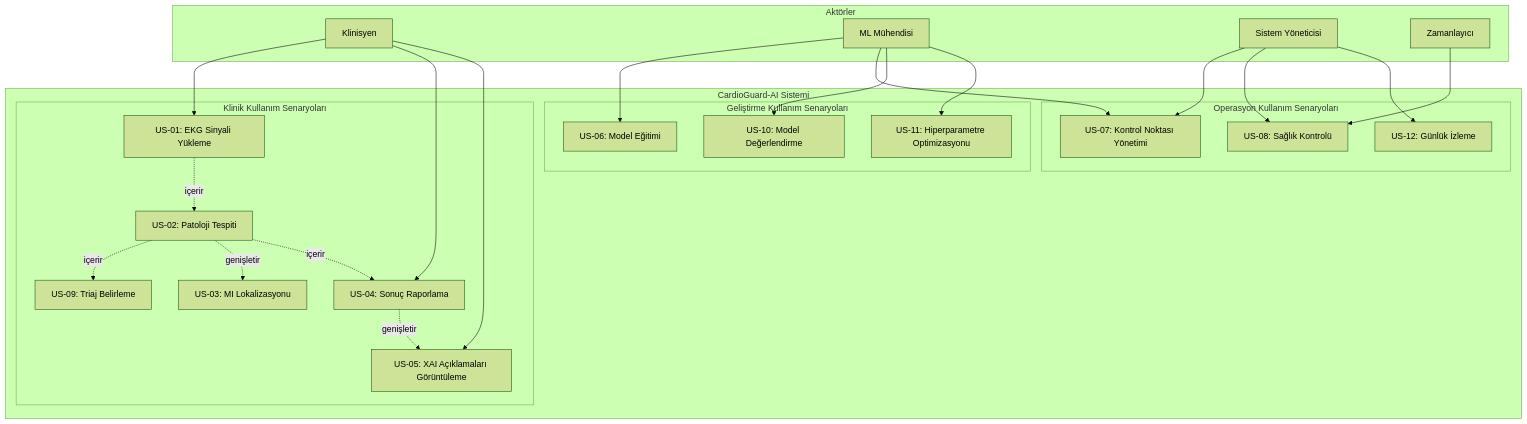
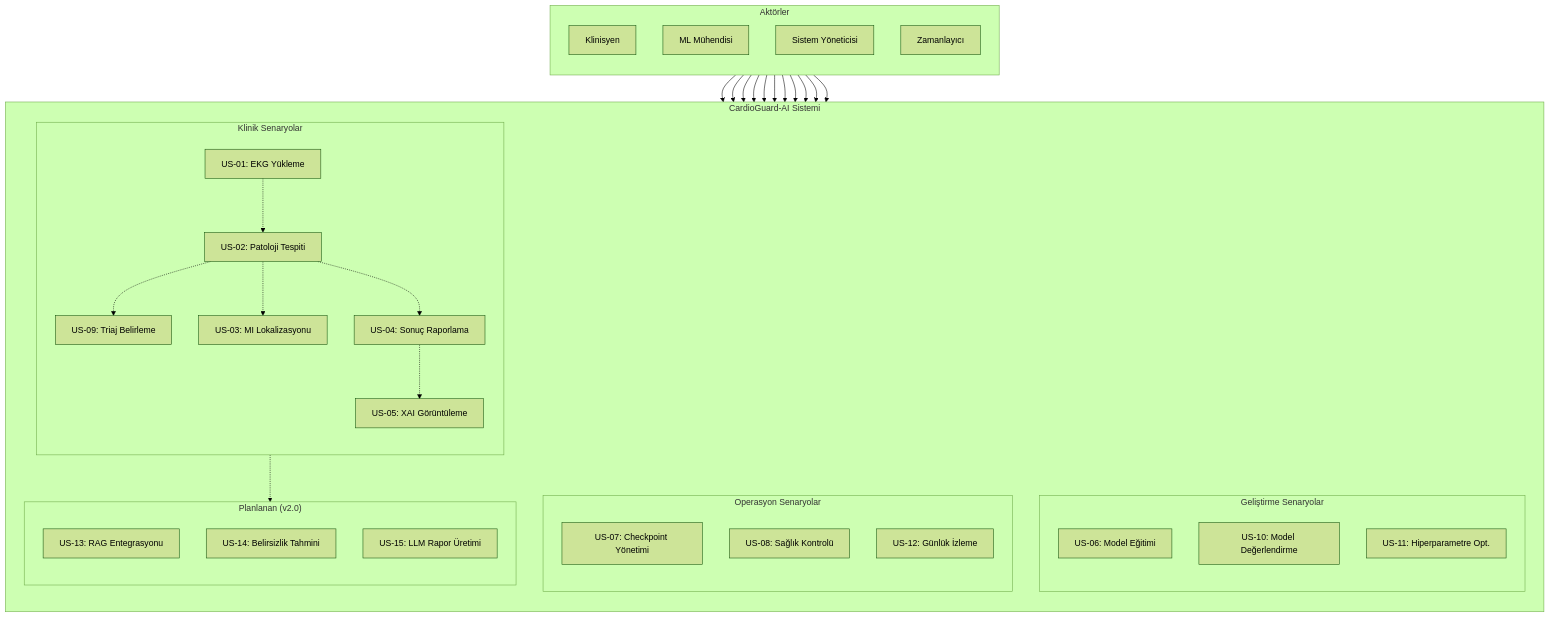
The first of 2 diagrams in docs/diagrams/02_use_case_diagram.md (mUsaulug/CardioGuard-AI), drawn with Mermaid (forest theme) before and after one commit. The commit also changed other lines of this file and 3 other files, not shown here.

````diff
--- a/docs/diagrams/02_use_case_diagram.md
+++ b/docs/diagrams/02_use_case_diagram.md
@@ -45,53 +16,67 @@
 ```mermaid
-graph TB
-    subgraph Aktörler
-        Clinician["Klinisyen"]
-        MLEngineer["ML Mühendisi"]
-        SysAdmin["Sistem Yöneticisi"]
-        Scheduler["Zamanlayıcı"]
+graph TD
+    subgraph Aktorler["Aktörler"]
+        direction TB
+        A1["Klinisyen"]
+        A2["ML Mühendisi"]
+        A3["Sistem Yöneticisi"]
+        A4["Zamanlayıcı"]
     end
     
-    subgraph CardioGuard_AI["CardioGuard-AI Sistemi"]
-        subgraph Klinik["Klinik Kullanım Senaryoları"]
-            UC1["US-01: EKG Sinyali Yükleme"]
+    subgraph Sistem["CardioGuard-AI Sistemi"]
+        direction TB
+        
+        subgraph Klinik["Klinik Senaryolar"]
+            direction TB
+            UC1["US-01: EKG Yükleme"]
             UC2["US-02: Patoloji Tespiti"]
             UC3["US-03: MI Lokalizasyonu"]
             UC4["US-04: Sonuç Raporlama"]
-            UC5["US-05: XAI Açıklamaları Görüntüleme"]
+            UC5["US-05: XAI Görüntüleme"]
             UC9["US-09: Triaj Belirleme"]
         end
         
-        subgraph Gelistirme["Geliştirme Kullanım Senaryoları"]
+        subgraph Gelistirme["Geliştirme Senaryolar"]
+            direction TB
             UC6["US-06: Model Eğitimi"]
             UC10["US-10: Model Değerlendirme"]
-            UC11["US-11: Hiperparametre Optimizasyonu"]
+            UC11["US-11: Hiperparametre Opt."]
         end
         
-        subgraph Operasyon["Operasyon Kullanım Senaryoları"]
-            UC7["US-07: Kontrol Noktası Yönetimi"]
+        subgraph Operasyon["Operasyon Senaryolar"]
+            direction TB
+            UC7["US-07: Checkpoint Yönetimi"]
             UC8["US-08: Sağlık Kontrolü"]
             UC12["US-12: Günlük İzleme"]
         end
+        
+        subgraph Planlanan["Planlanan (v2.0)"]
+            direction TB
+            UC13["US-13: RAG Entegrasyonu"]
+            UC14["US-14: Belirsizlik Tahmini"]
+            UC15["US-15: LLM Rapor Üretimi"]
+        end
     end
     
-    Clinician --> UC1
-    Clinician --> UC4
-    Clinician --> UC5
+    A1 --> UC1
+    A1 --> UC4
+    A1 --> UC5
     
-    MLEngineer --> UC6
-    MLEngineer --> UC7
-    MLEngineer --> UC10
-    MLEngineer --> UC11
+    A2 --> UC6
+    A2 --> UC7
+    A2 --> UC10
+    A2 --> UC11
     
-    SysAdmin --> UC7
-    SysAdmin --> UC8
-    SysAdmin --> UC12
+    A3 --> UC7
+    A3 --> UC8
+    A3 --> UC12
     
-    Scheduler --> UC8
+    A4 --> UC8
     
-    UC1 -.->|içerir| UC2
-    UC2 -.->|içerir| UC9
-    UC2 -.->|genişletir| UC3
-    UC2 -.->|içerir| UC4
-    UC4 -.->|genişletir| UC5
+    UC1 -.-> UC2
+    UC2 -.-> UC9
+    UC2 -.-> UC3
+    UC2 -.-> UC4
+    UC4 -.-> UC5
+    UC4 -.-> UC15
 ```
````
